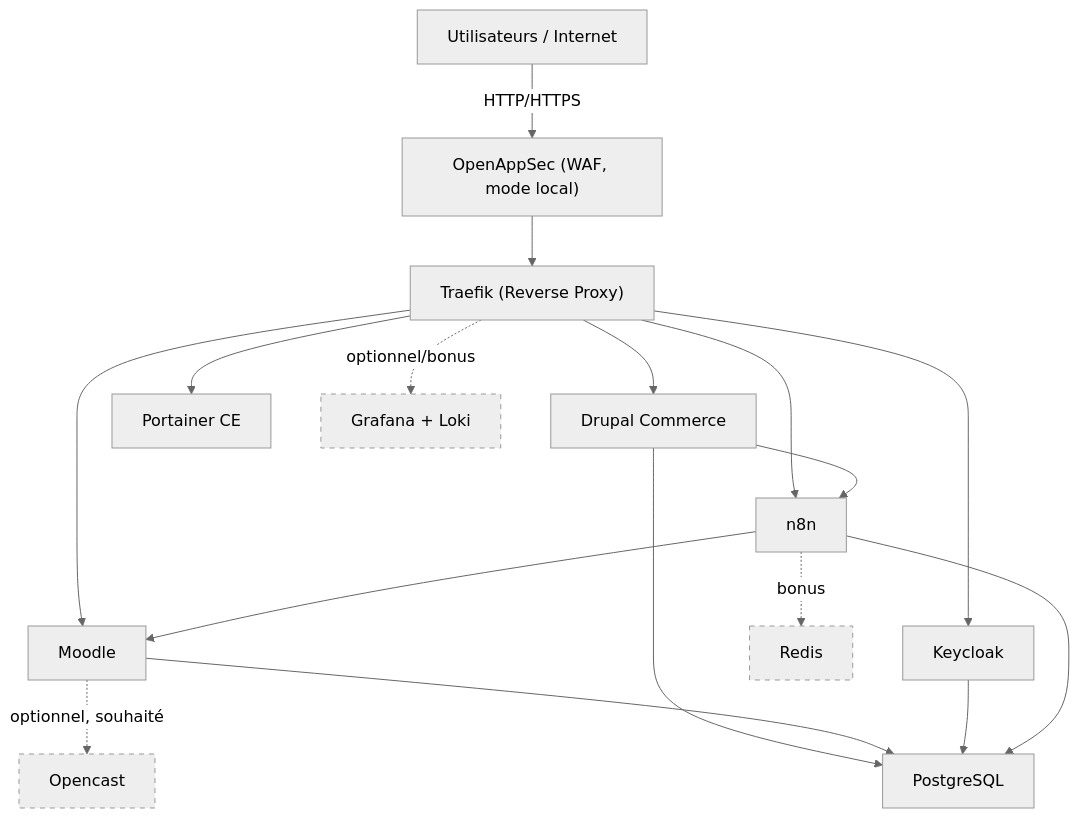
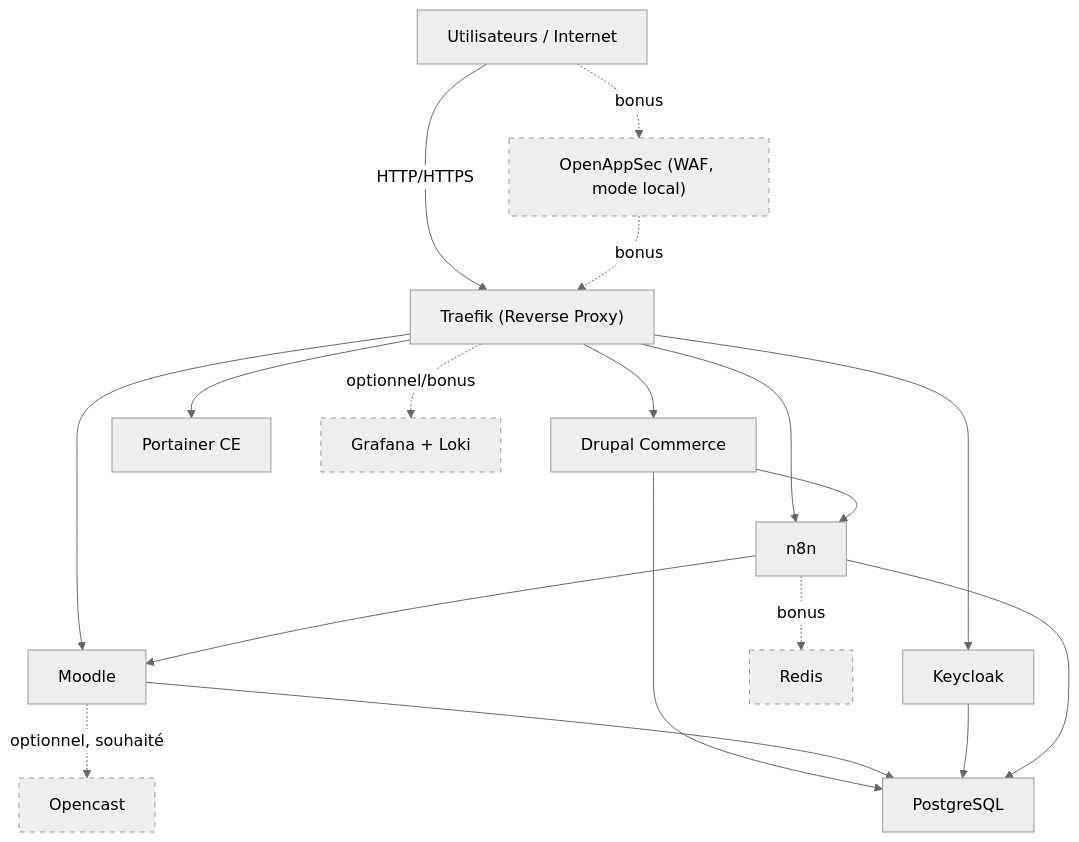
Before and after one commit to 20GHhub19/CR465-travail-de-session: the diagram in md/official_enonce_travail_session_containers.md, drawn with Mermaid (neutral theme). The commit also changed other lines of this file and 15 other files, not shown here.

````diff
--- a/md/official_enonce_travail_session_containers.md
+++ b/md/official_enonce_travail_session_containers.md
@@ -67,25 +67,26 @@
 ```mermaid
 flowchart TD
-    Internet["Utilisateurs / Internet"] -->|"HTTP/HTTPS"| WAF["OpenAppSec (WAF, mode local)"]
-    WAF --> Proxy["Traefik (Reverse Proxy)"]
+    Internet["Utilisateurs / Internet"] -->|"HTTP/HTTPS"| Proxy["Traefik (Reverse Proxy)"]
+    Internet -.->|"bonus"| WAF["OpenAppSec (WAF, mode local)"]
+    WAF -.->|"bonus"| Proxy
 
     Proxy --> Drupal["Drupal Commerce"]
     Proxy --> Moodle["Moodle"]
     Proxy --> Keycloak["Keycloak"]
     Proxy --> N8N["n8n"]
     Proxy --> Portainer["Portainer CE"]
     Proxy -.->|"optionnel/bonus"| Grafana["Grafana + Loki"]
 
     Drupal --> N8N
     N8N --> Moodle
     Moodle -.->|"optionnel, souhaité"| Opencast["Opencast"]
     N8N -.->|"bonus"| Redis["Redis"]
 
     Drupal --> Postgres["PostgreSQL"]
     Moodle --> Postgres
     Keycloak --> Postgres
     N8N --> Postgres
 
     classDef optional stroke-dasharray:5,5;
-    class Opencast,Redis,Grafana optional;
+    class Opencast,Redis,Grafana,WAF optional;
 ```
````
